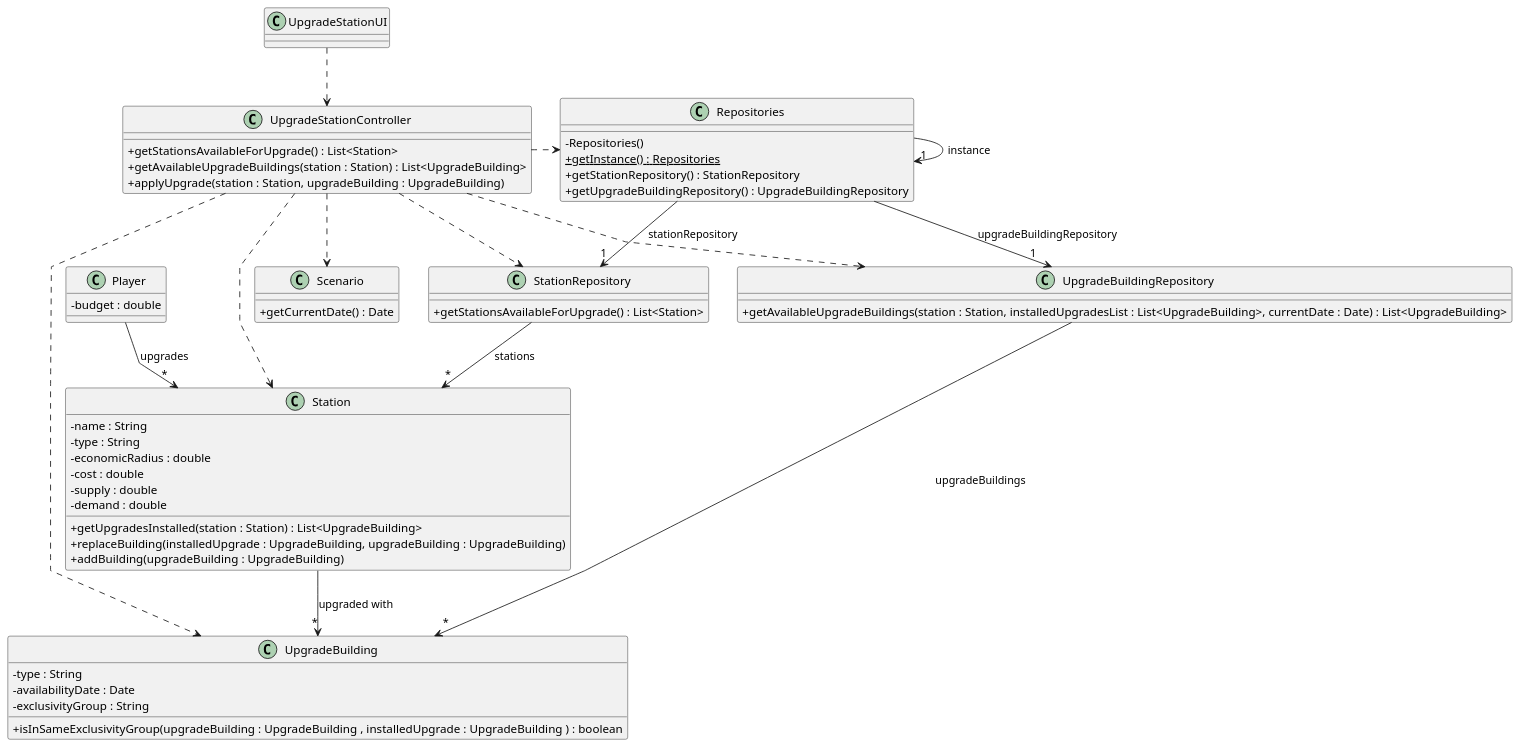
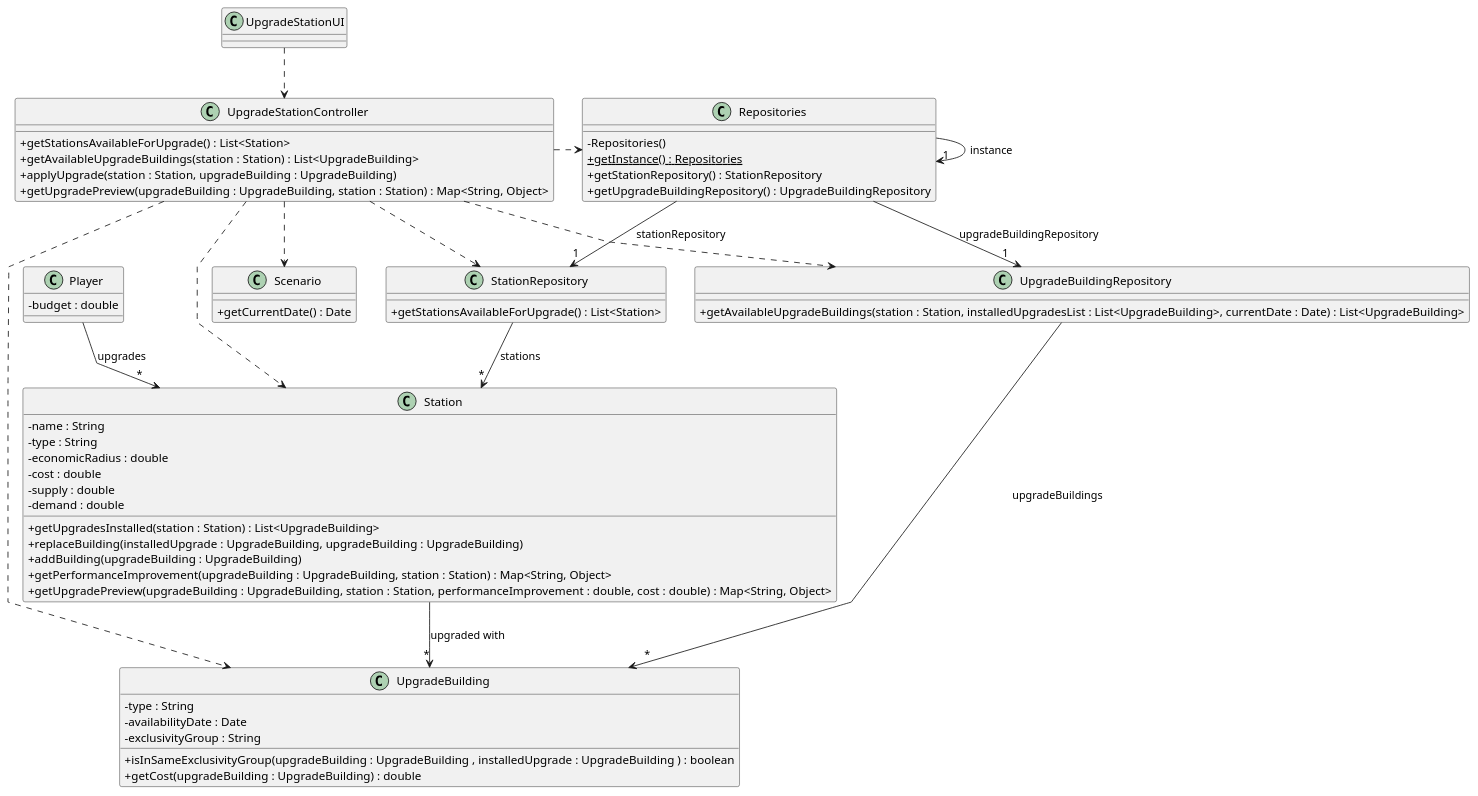
The diagram in docs/system-documentation/sprint 2/US06/03.design/puml/US006-CD.puml (Educ00/mdisc-2425), drawn with PlantUML before and after one commit. The commit also changed 7 other files, not shown here.

Commit message:
Update on US06, after another revision decided to expand on the upgrade preview details, as I think it's necessary to get the performance improvement and the cost of the upgrade. Also added the attribute lifespan to Cargo after another close reading of the project document.

```diff
--- a/docs/system-documentation/sprint 2/US06/03.design/puml/US006-CD.puml
+++ b/docs/system-documentation/sprint 2/US06/03.design/puml/US006-CD.puml
@@ -1,73 +1,77 @@
 @startuml
 skinparam packageStyle rectangle
 skinparam shadowing false
 skinparam linetype polyline
 skinparam classAttributeIconSize 0
 
 class Player {
     - budget : double
 }
 
 class UpgradeStationUI {
 }
 
 class UpgradeStationController {
     + getStationsAvailableForUpgrade() : List<Station>
     + getAvailableUpgradeBuildings(station : Station) : List<UpgradeBuilding>
     + applyUpgrade(station : Station, upgradeBuilding : UpgradeBuilding)
+    + getUpgradePreview(upgradeBuilding : UpgradeBuilding, station : Station) : Map<String, Object>
 }
 
 class Repositories {
-            - Repositories()
-            + {static} getInstance() : Repositories
-            + getStationRepository() : StationRepository
-            + getUpgradeBuildingRepository() : UpgradeBuildingRepository
-        }
+    - Repositories()
+    + {static} getInstance() : Repositories
+    + getStationRepository() : StationRepository
+    + getUpgradeBuildingRepository() : UpgradeBuildingRepository
+}
 
 class StationRepository {
     + getStationsAvailableForUpgrade() : List<Station>
 }
 
 class UpgradeBuildingRepository {
     + getAvailableUpgradeBuildings(station : Station, installedUpgradesList : List<UpgradeBuilding>, currentDate : Date) : List<UpgradeBuilding>
 }
 
 class Station {
     - name : String
     - type : String
     - economicRadius : double
     - cost : double
     - supply : double
     - demand : double
     + getUpgradesInstalled(station : Station) : List<UpgradeBuilding>
     + replaceBuilding(installedUpgrade : UpgradeBuilding, upgradeBuilding : UpgradeBuilding)
     + addBuilding(upgradeBuilding : UpgradeBuilding)
+    + getPerformanceImprovement(upgradeBuilding : UpgradeBuilding, station : Station) : Map<String, Object>
+    + getUpgradePreview(upgradeBuilding : UpgradeBuilding, station : Station, performanceImprovement : double, cost : double) : Map<String, Object>
 }
 
 class UpgradeBuilding {
     - type : String
     - availabilityDate : Date
     - exclusivityGroup : String
     + isInSameExclusivityGroup(upgradeBuilding : UpgradeBuilding , installedUpgrade : UpgradeBuilding ) : boolean
+    + getCost(upgradeBuilding : UpgradeBuilding) : double
 }
 
 class Scenario {
     + getCurrentDate() : Date
 }
 
 Player --> "*" Station : upgrades
 Station --> "*" UpgradeBuilding : upgraded with
 UpgradeStationUI ..> UpgradeStationController
 UpgradeStationController .> Repositories
 Repositories -> "1" Repositories : instance
 Repositories --> "1" StationRepository : stationRepository
 Repositories --> "1" UpgradeBuildingRepository : upgradeBuildingRepository
 UpgradeStationController ..> StationRepository
 UpgradeStationController ..> UpgradeBuildingRepository
 UpgradeStationController ..> Scenario
 UpgradeStationController ..> Station
 UpgradeStationController ..> UpgradeBuilding
 StationRepository --> "*" Station : stations
 UpgradeBuildingRepository --> "*" UpgradeBuilding : upgradeBuildings
 
 @enduml
```
